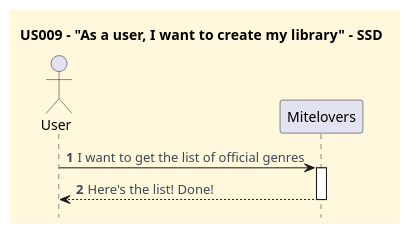
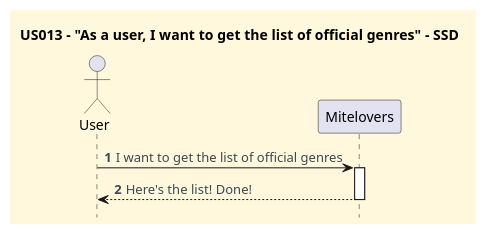
Before and after one commit to CarolinaLeite-collab/JavaMarketplacePlatform: the diagram in docs/userStories/US013/US013_get_list_of_official_genres_SSD.puml, drawn with PlantUML. The commit also changed 2 other files, not shown here.

Commit message:
#187, #188 - fixed a typo in the diagrams titles

```diff
--- a/docs/userStories/US013/US013_get_list_of_official_genres_SSD.puml
+++ b/docs/userStories/US013/US013_get_list_of_official_genres_SSD.puml
@@ -1,29 +1,29 @@
 @startuml
-title US009 – "As a user, I want to create my library" - SSD
+title US013 – "As a user, I want to get the list of official genres" - SSD
 hidefootbox
 
 '==== basic style ====
 skinparam monochrome false
 skinparam shadowing false
 skinparam defaultFontName Futura
 skinparam objectFontSize 20
 skinparam backgroundColor CornSilk
 skinparam objectBackgroundColor WhiteSmoke
 skinparam noteBackgroundColor #FFFFE0
 skinparam ArrowFontColor #3B4953
 skinparam ActivationBackgroundColor black
 
 autonumber
 autoactivate off
 
 ' --- Actor and participants ---
 actor User
 participant "Mitelovers" as System
 
 ' --- System dialog ---
 User -> System: I want to get the list of official genres
 activate "System"
 System --> User: Here's the list! Done!
 deactivate "System"
 
 @enduml
```
